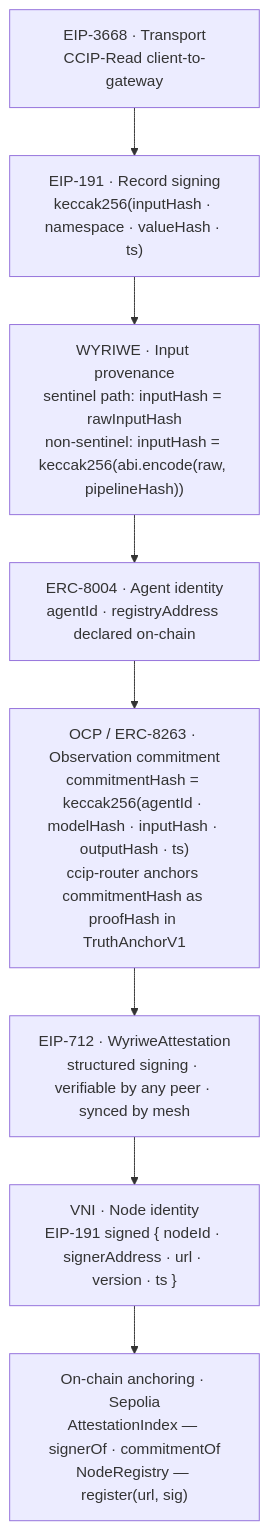
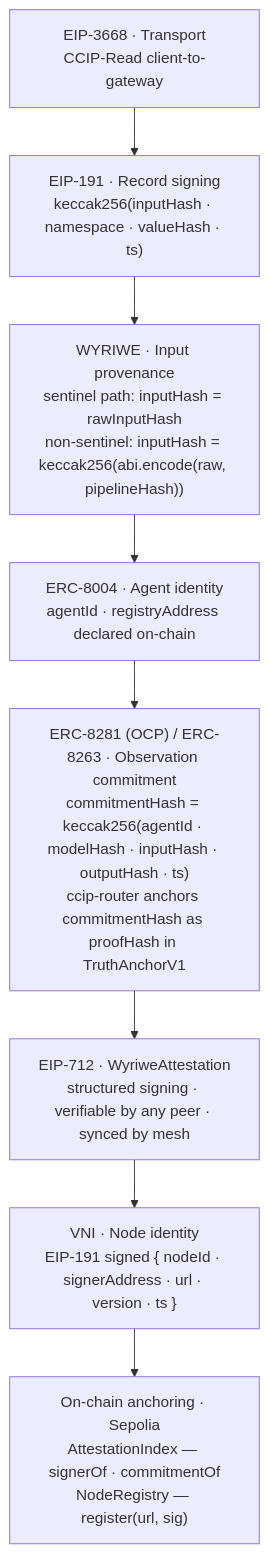
The third of 3 diagrams in README.md (trustless-ai/ccip-router), drawn with Mermaid before and after one commit. The commit also changed other lines of this file and 7 other files, not shown here.

First line of the commit message:
chore: update OCP references to ERC-8281 across docs and source

````diff
--- a/README.md
+++ b/README.md
@@ -105,13 +105,13 @@
 ```mermaid
 graph TB
     T["EIP-3668 · Transport\nCCIP-Read client-to-gateway"]
     S["EIP-191 · Record signing\nkeccak256(inputHash · namespace · valueHash · ts)"]
     W["WYRIWE · Input provenance\nsentinel path: inputHash = rawInputHash\nnon-sentinel: inputHash = keccak256(abi.encode(raw, pipelineHash))"]
     I["ERC-8004 · Agent identity\nagentId · registryAddress declared on-chain"]
-    O["OCP / ERC-8263 · Observation commitment\ncommitmentHash = keccak256(agentId · modelHash · inputHash · outputHash · ts)\nccip-router anchors commitmentHash as proofHash in TruthAnchorV1"]
+    O["ERC-8281 (OCP) / ERC-8263 · Observation commitment\ncommitmentHash = keccak256(agentId · modelHash · inputHash · outputHash · ts)\nccip-router anchors commitmentHash as proofHash in TruthAnchorV1"]
     A["EIP-712 · WyriweAttestation\nstructured signing · verifiable by any peer · synced by mesh"]
     V["VNI · Node identity\nEIP-191 signed { nodeId · signerAddress · url · version · ts }"]
     C["On-chain anchoring · Sepolia\nAttestationIndex — signerOf · commitmentOf\nNodeRegistry — register(url, sig)"]
 
     T --> S --> W --> I --> O --> A --> V --> C
 ```
````
